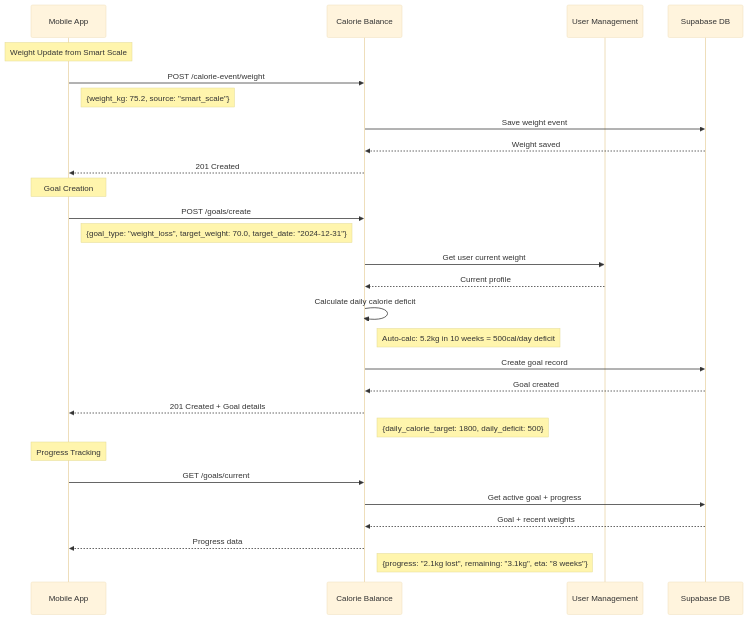
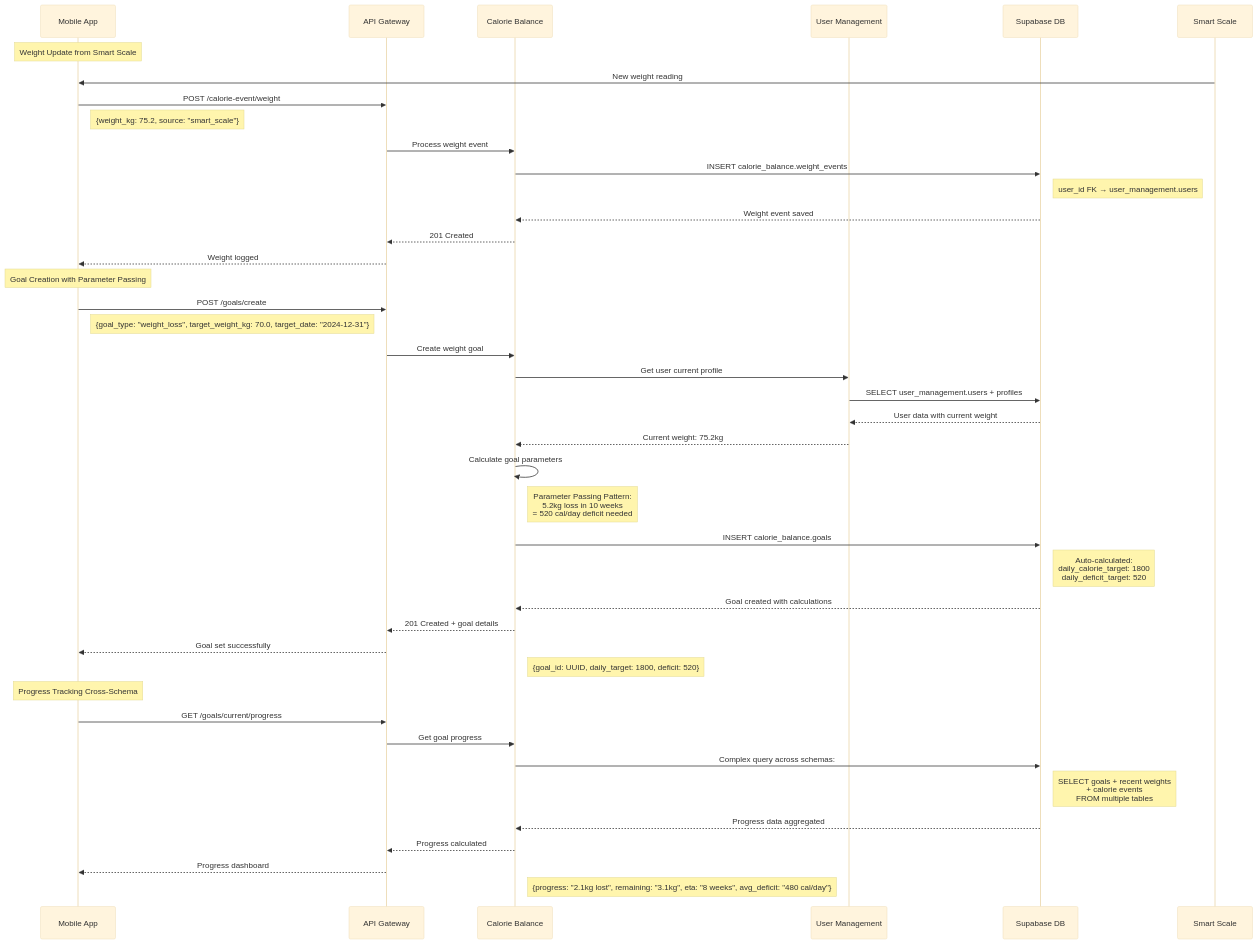
The fourth of 5 diagrams in docs/architettura.md (giamma80/gymbro-platform), drawn with Mermaid (base theme) before and after one commit. The commit also changed other lines of this file and 8 other files, not shown here.

````diff
--- a/docs/architettura.md
+++ b/docs/architettura.md
@@ -336,37 +366,51 @@
 ```mermaid
 sequenceDiagram
     participant M as Mobile App
+    participant GW as API Gateway
     participant CB as Calorie Balance
     participant UM as User Management
     participant DB as Supabase DB
+    participant SC as Smart Scale
     
     Note over M: Weight Update from Smart Scale
-    M->>CB: POST /calorie-event/weight
+    SC->>M: New weight reading
+    M->>GW: POST /calorie-event/weight
     Note right of M: {weight_kg: 75.2, source: "smart_scale"}
     
-    CB->>DB: Save weight event
-    DB-->>CB: Weight saved
-    CB-->>M: 201 Created
+    GW->>CB: Process weight event
+    CB->>DB: INSERT calorie_balance.weight_events
+    Note right of DB: user_id FK → user_management.users
+    DB-->>CB: Weight event saved
+    CB-->>GW: 201 Created
+    GW-->>M: Weight logged
     
-    Note over M: Goal Creation
-    M->>CB: POST /goals/create
-    Note right of M: {goal_type: "weight_loss", target_weight: 70.0, target_date: "2024-12-31"}
+    Note over M: Goal Creation with Parameter Passing
+    M->>GW: POST /goals/create
+    Note right of M: {goal_type: "weight_loss", target_weight_kg: 70.0, target_date: "2024-12-31"}
     
-    CB->>UM: Get user current weight
-    UM-->>CB: Current profile
+    GW->>CB: Create weight goal
+    CB->>UM: Get user current profile
+    UM->>DB: SELECT user_management.users + profiles
+    DB-->>UM: User data with current weight
+    UM-->>CB: Current weight: 75.2kg
     
-    CB->>CB: Calculate daily calorie deficit
-    Note right of CB: Auto-calc: 5.2kg in 10 weeks = 500cal/day deficit
+    CB->>CB: Calculate goal parameters
+    Note right of CB: Parameter Passing Pattern:<br/>5.2kg loss in 10 weeks<br/>= 520 cal/day deficit needed
     
-    CB->>DB: Create goal record
-    DB-->>CB: Goal created
-    CB-->>M: 201 Created + Goal details
-    Note right of CB: {daily_calorie_target: 1800, daily_deficit: 500}
+    CB->>DB: INSERT calorie_balance.goals
+    Note right of DB: Auto-calculated:<br/>daily_calorie_target: 1800<br/>daily_deficit_target: 520
+    DB-->>CB: Goal created with calculations
+    CB-->>GW: 201 Created + goal details
+    GW-->>M: Goal set successfully
+    Note right of CB: {goal_id: UUID, daily_target: 1800, deficit: 520}
     
-    Note over M: Progress Tracking
-    M->>CB: GET /goals/current
-    CB->>DB: Get active goal + progress
-    DB-->>CB: Goal + recent weights
-    CB-->>M: Progress data
-    Note right of CB: {progress: "2.1kg lost", remaining: "3.1kg", eta: "8 weeks"}
+    Note over M: Progress Tracking Cross-Schema
+    M->>GW: GET /goals/current/progress
+    GW->>CB: Get goal progress
+    CB->>DB: Complex query across schemas:
+    Note right of DB: SELECT goals + recent weights<br/>+ calorie events<br/>FROM multiple tables
+    DB-->>CB: Progress data aggregated
+    CB-->>GW: Progress calculated
+    GW-->>M: Progress dashboard
+    Note right of CB: {progress: "2.1kg lost", remaining: "3.1kg", eta: "8 weeks", avg_deficit: "480 cal/day"}
 ```
````
